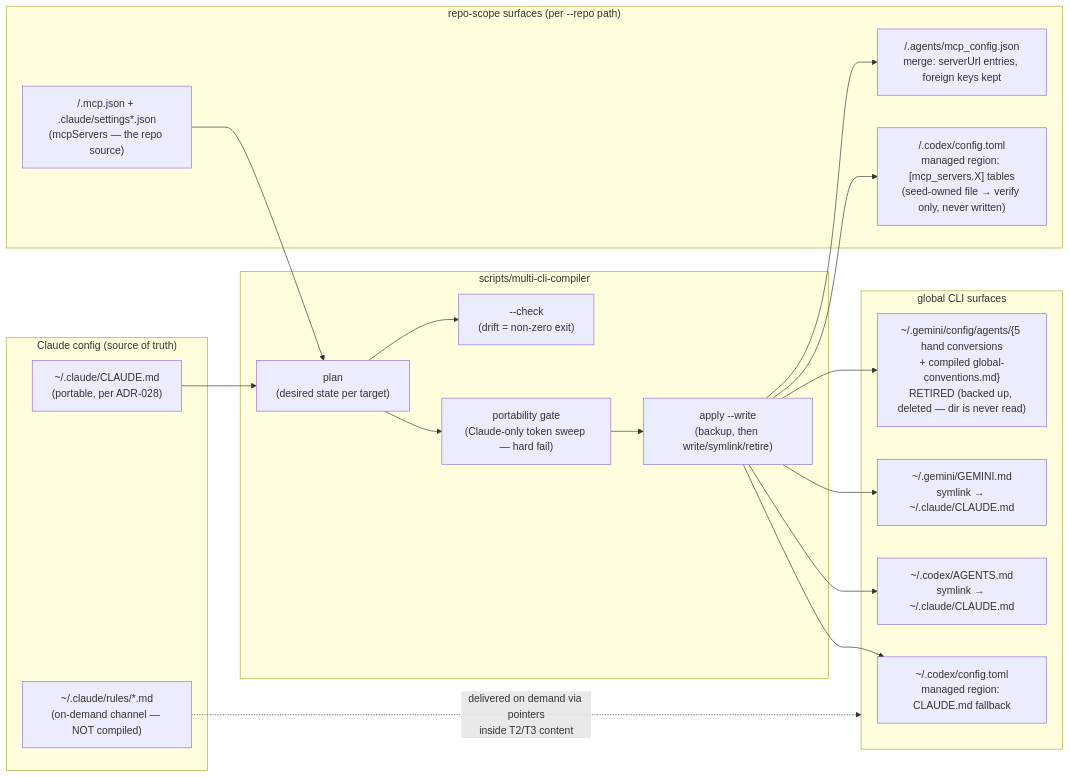
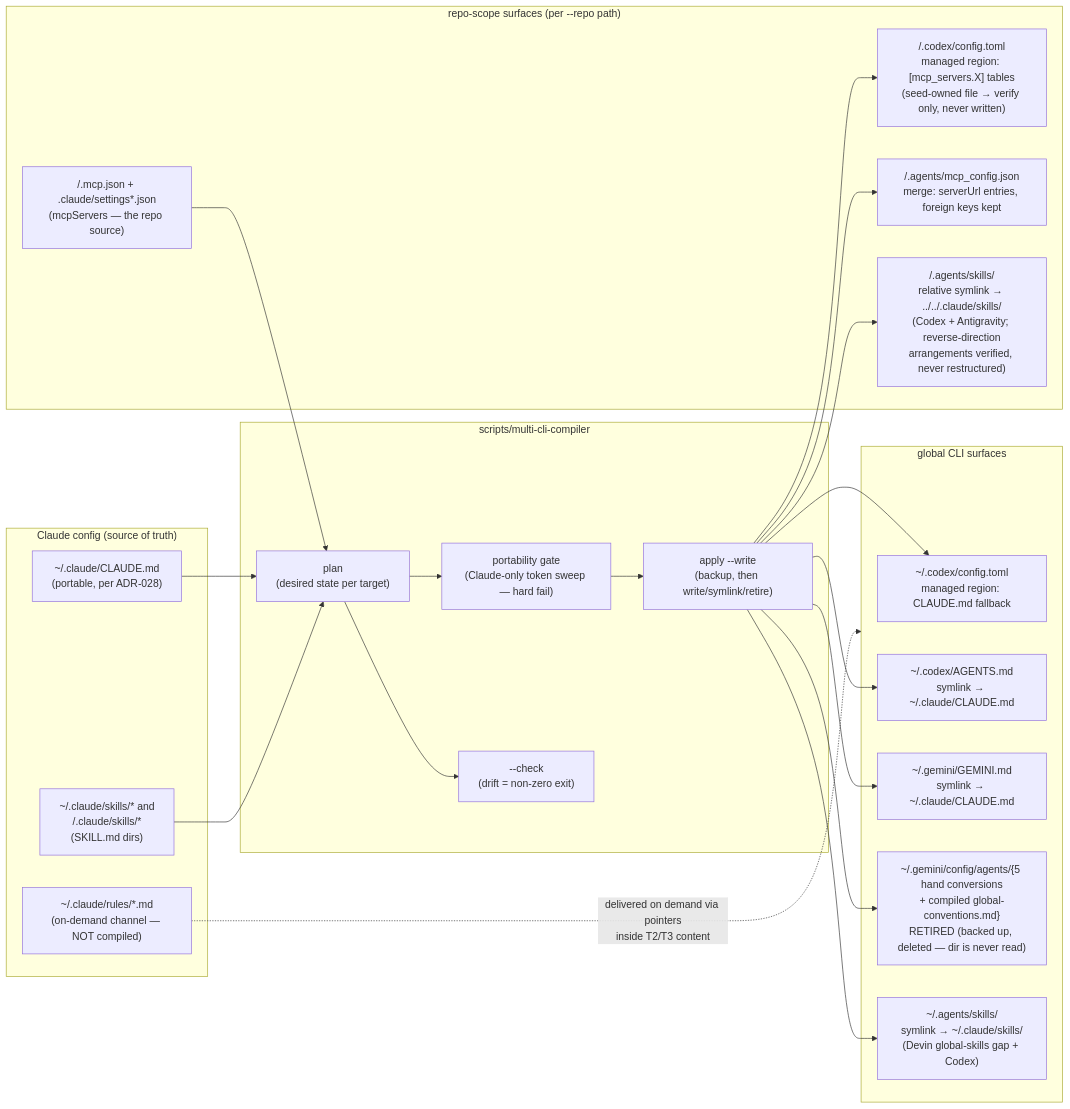
Before and after one commit to will-schaefer/nxtlvl-harness: the diagram in docs/spec/nxtlvl-multi-cli-compiler.md, drawn with Mermaid. The commit also changed other lines of this file and 3 other files, not shown here.

````diff
--- a/docs/spec/nxtlvl-multi-cli-compiler.md
+++ b/docs/spec/nxtlvl-multi-cli-compiler.md
@@ -61,31 +70,35 @@
 ```mermaid
 flowchart LR
     subgraph SOURCES["Claude config (source of truth)"]
         S1["~/.claude/CLAUDE.md<br/>(portable, per ADR-028)"]
         S2["~/.claude/rules/*.md<br/>(on-demand channel — NOT compiled)"]
+        S3["~/.claude/skills/* and<br/><repo>/.claude/skills/*<br/>(SKILL.md dirs)"]
     end
     subgraph COMPILER["scripts/multi-cli-compiler"]
         P["plan<br/>(desired state per target)"]
         G["portability gate<br/>(Claude-only token sweep — hard fail)"]
         A["apply --write<br/>(backup, then write/symlink/retire)"]
         V["--check<br/>(drift = non-zero exit)"]
         P --> G --> A
         P --> V
     end
     subgraph TARGETS["global CLI surfaces"]
         T1["~/.codex/config.toml<br/>managed region: CLAUDE.md fallback"]
         T2["~/.codex/AGENTS.md<br/>symlink → ~/.claude/CLAUDE.md"]
         T3["~/.gemini/GEMINI.md<br/>symlink → ~/.claude/CLAUDE.md"]
         T4["~/.gemini/config/agents/{5 hand conversions<br/>+ compiled global-conventions.md}<br/>RETIRED (backed up, deleted — dir is never read)"]
+        T5["~/.agents/skills/<name><br/>symlink → ~/.claude/skills/<name><br/>(Devin global-skills gap + Codex)"]
     end
     subgraph REPO["repo-scope surfaces (per --repo path)"]
         R0["<repo>/.mcp.json + .claude/settings*.json<br/>(mcpServers — the repo source)"]
         R1["<repo>/.codex/config.toml<br/>managed region: [mcp_servers.X] tables<br/>(seed-owned file → verify only, never written)"]
         R2["<repo>/.agents/mcp_config.json<br/>merge: serverUrl entries, foreign keys kept"]
+        R3["<repo>/.agents/skills/<name><br/>relative symlink → ../../.claude/skills/<name><br/>(Codex + Antigravity; reverse-direction<br/>arrangements verified, never restructured)"]
     end
     S1 --> P
+    S3 --> P
     R0 --> P
-    A --> T1 & T2 & T3 & T4
-    A --> R1 & R2
+    A --> T1 & T2 & T3 & T4 & T5
+    A --> R1 & R2 & R3
     S2 -. "delivered on demand via pointers<br/>inside T2/T3 content" .-> TARGETS
 ```
````
